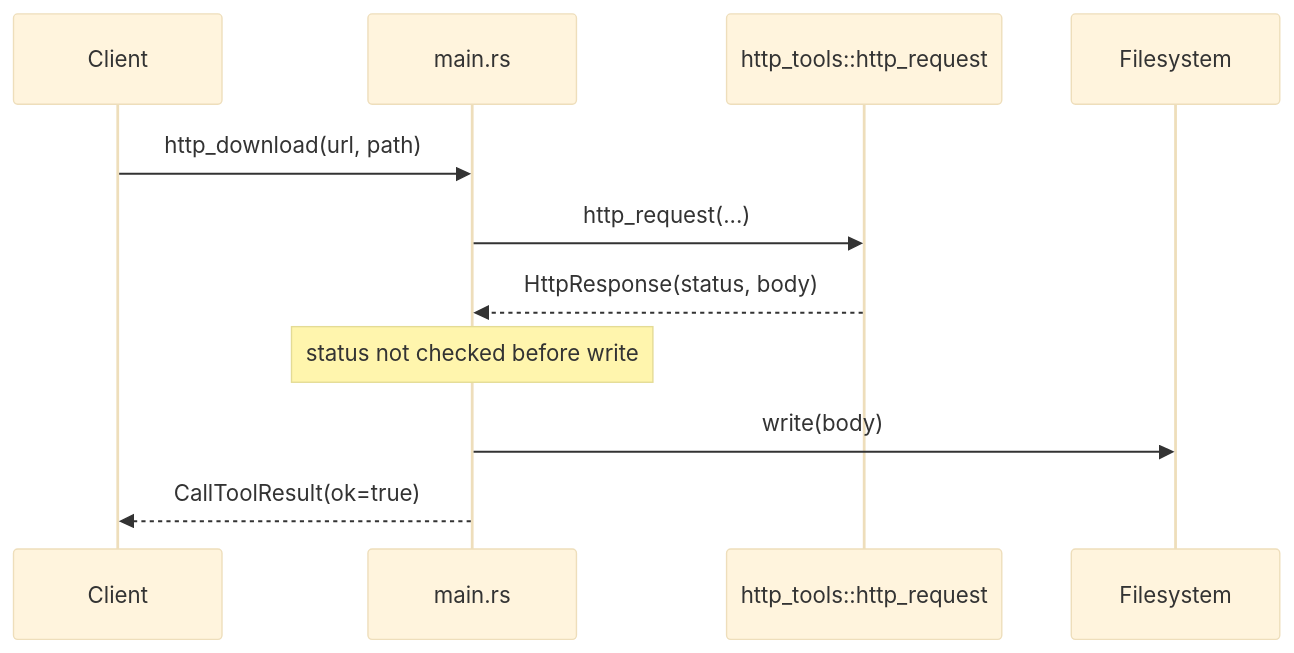
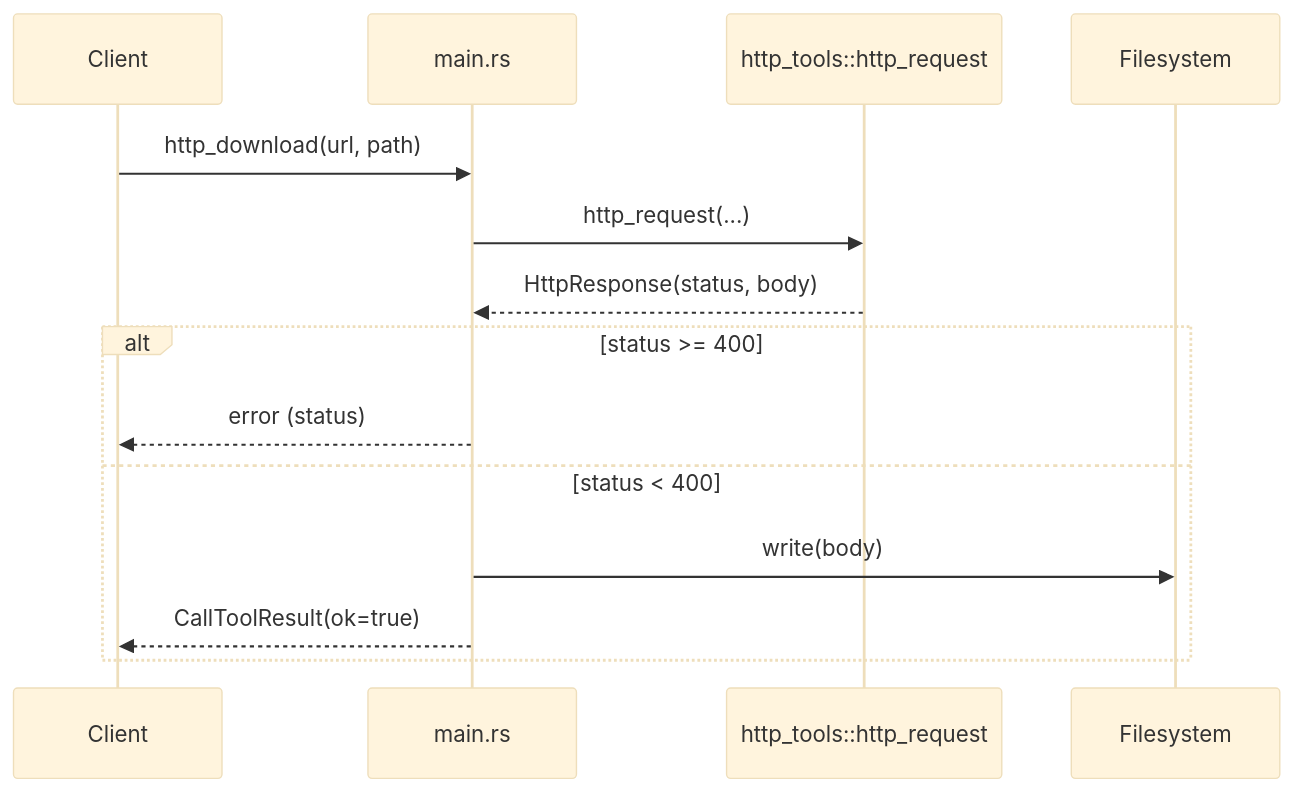
The fourth of 9 diagrams in DIAGRAMS.md (ssoj13/filesystem-mcp-rs), drawn with Mermaid (base theme) before and after one commit. The commit also changed other lines of this file and 6 other files, not shown here.

````diff
--- a/DIAGRAMS.md
+++ b/DIAGRAMS.md
@@ -112,14 +112,17 @@
 ```mermaid
 sequenceDiagram
     participant Client
     participant Main as main.rs
     participant HTTP as http_tools::http_request
     participant FS as Filesystem
 
     Client->>Main: http_download(url, path)
     Main->>HTTP: http_request(...)
     HTTP-->>Main: HttpResponse(status, body)
-    Note over Main: status not checked before write
-    Main->>FS: write(body)
-    Main-->>Client: CallToolResult(ok=true)
+    alt status >= 400
+        Main-->>Client: error (status)
+    else status < 400
+        Main->>FS: write(body)
+        Main-->>Client: CallToolResult(ok=true)
+    end
 ```
````
